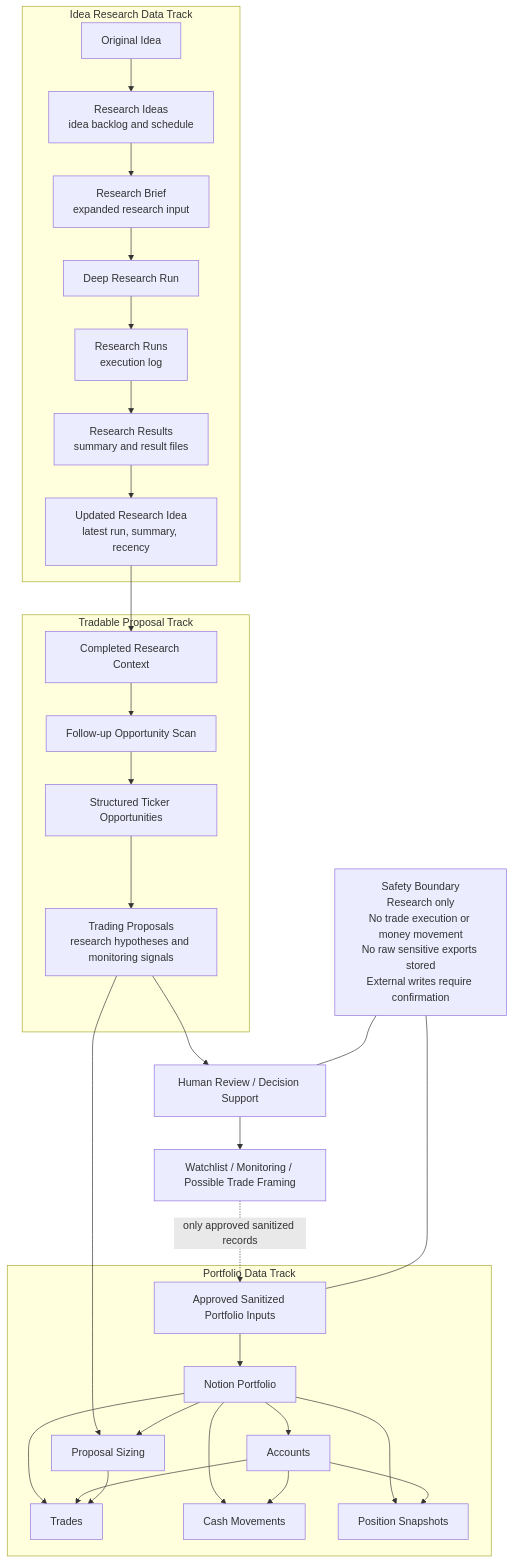
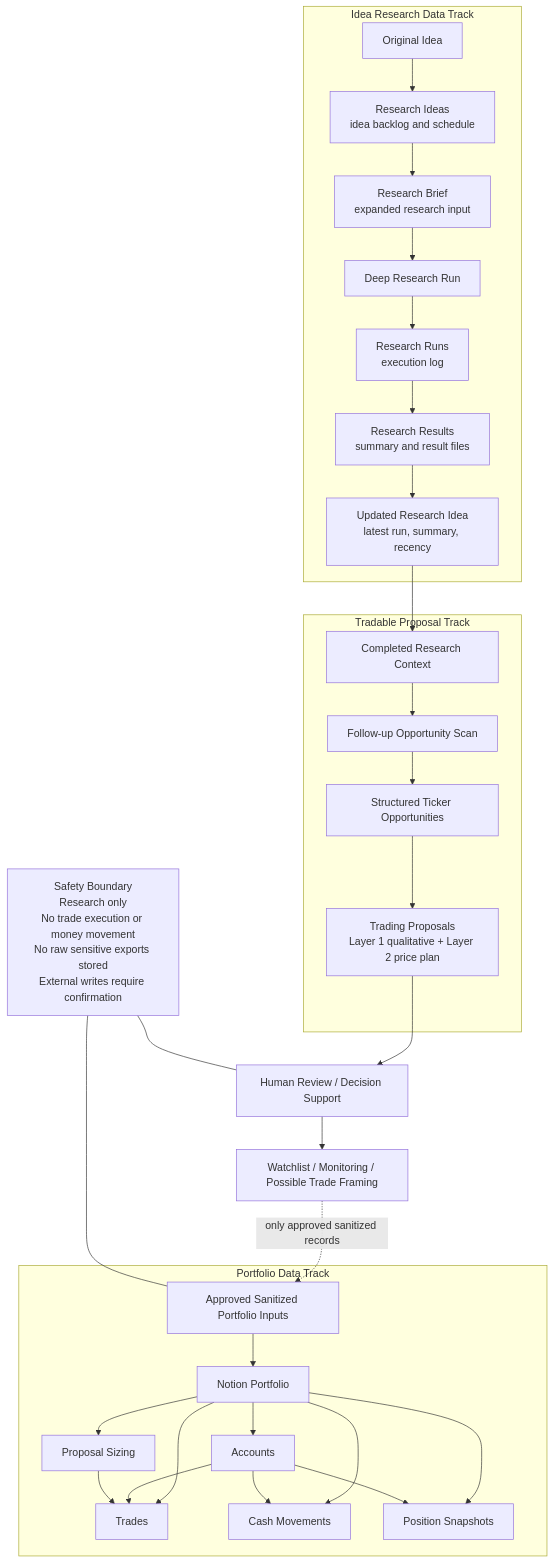
The diagram in README.md (jonecheung/investment-ai), drawn with Mermaid before and after one commit. The commit also changed 7 other files, not shown here.

First line of the commit message:
Align follow-up skill with two-layer Trading Proposals import spec.

````diff
--- a/README.md
+++ b/README.md
@@ -50,53 +50,52 @@
 ```mermaid
 flowchart TD
   subgraph IR[Idea Research Data Track]
     A[Original Idea]
     B[Research Ideas<br/>idea backlog and schedule]
     C[Research Brief<br/>expanded research input]
     D[Deep Research Run]
     E[Research Runs<br/>execution log]
     F[Research Results<br/>summary and result files]
     G[Updated Research Idea<br/>latest run, summary, recency]
   end
 
   subgraph TP[Tradable Proposal Track]
     H[Completed Research Context]
     I[Follow-up Opportunity Scan]
     J[Structured Ticker Opportunities]
-    K[Trading Proposals<br/>research hypotheses and monitoring signals]
+    K[Trading Proposals<br/>Layer 1 qualitative + Layer 2 price plan]
   end
 
   subgraph PF[Portfolio Data Track]
     L[Approved Sanitized Portfolio Inputs]
     M[Notion Portfolio]
     N[Accounts]
     O[Trades]
     P[Cash Movements]
     Q[Position Snapshots]
     Sizing[Proposal Sizing]
   end
 
   A --> B --> C --> D --> E --> F --> G
 
   G --> H --> I --> J --> K
 
   K --> R[Human Review / Decision Support]
   R --> S[Watchlist / Monitoring / Possible Trade Framing]
   S -. only approved sanitized records .-> L
-  K --> Sizing
 
   L --> M
   M --> N
   M --> O
   M --> P
   M --> Q
   M --> Sizing
   N --> O
   N --> P
   N --> Q
   Sizing --> O
 
   Z[Safety Boundary<br/>Research only<br/>No trade execution or money movement<br/>No raw sensitive exports stored<br/>External writes require confirmation]
   Z --- R
   Z --- L
 ```
````
